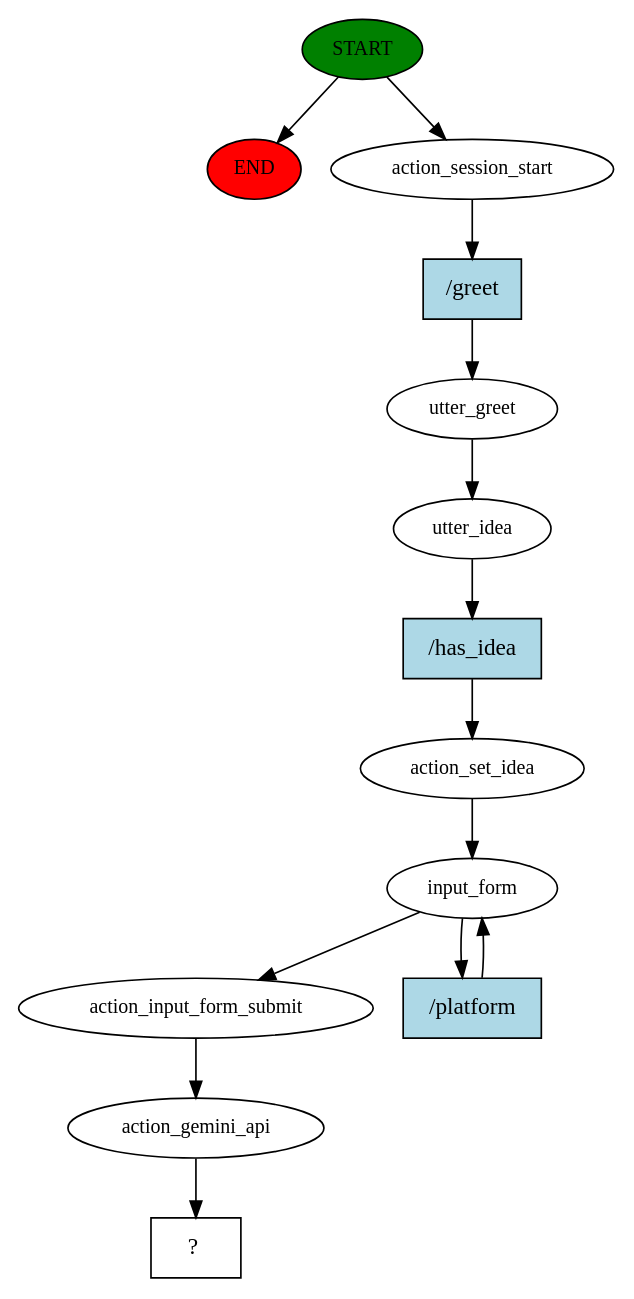
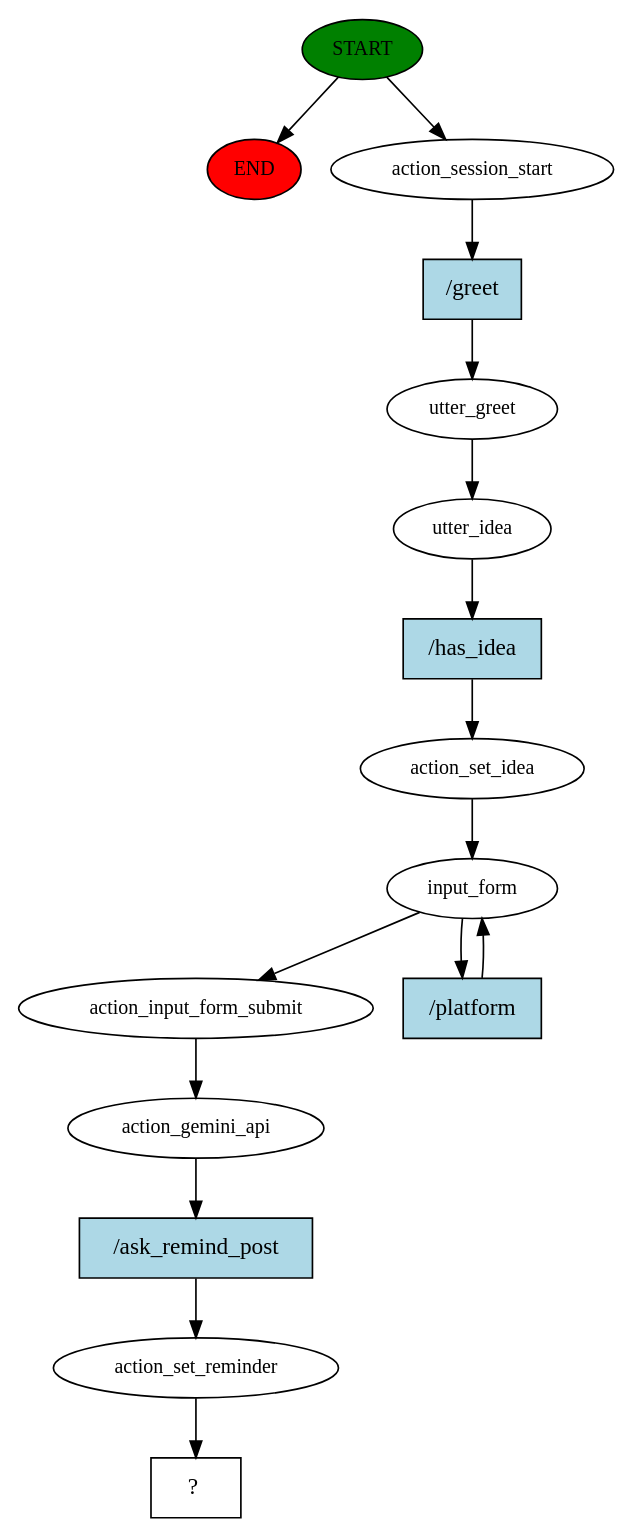
The diagram in Chatbot/story_graph.dot (AkshayKulkarni3467/RasaScribe), drawn with Graphviz before and after one commit. The commit also changed 133 other files, not shown here.

```diff
--- a/Chatbot/story_graph.dot
+++ b/Chatbot/story_graph.dot
@@ -1,28 +1,32 @@
 digraph  {
 0 [class="start active", fillcolor=green, fontsize=12, label=START, style=filled];
 "-1" [class=end, fillcolor=red, fontsize=12, label=END, style=filled];
 1 [class=active, fontsize=12, label=action_session_start];
 2 [class=active, fontsize=12, label=utter_greet];
 3 [class=active, fontsize=12, label=utter_idea];
 4 [class=active, fontsize=12, label=action_set_idea];
 5 [class=active, fontsize=12, label=input_form];
 7 [class=active, fontsize=12, label=action_input_form_submit];
 8 [class=active, fontsize=12, label=action_gemini_api];
-9 [class="intent dashed active", label="  ?  ", shape=rect];
-10 [class="intent active", fillcolor=lightblue, label="/greet", shape=rect, style=filled];
-11 [class="intent active", fillcolor=lightblue, label="/has_idea", shape=rect, style=filled];
-12 [class="intent active", fillcolor=lightblue, label="/platform", shape=rect, style=filled];
+9 [class=active, fontsize=12, label=action_set_reminder];
+10 [class="intent dashed active", label="  ?  ", shape=rect];
+11 [class="intent active", fillcolor=lightblue, label="/greet", shape=rect, style=filled];
+12 [class="intent active", fillcolor=lightblue, label="/has_idea", shape=rect, style=filled];
+13 [class="intent active", fillcolor=lightblue, label="/platform", shape=rect, style=filled];
+14 [class="intent active", fillcolor=lightblue, label="/ask_remind_post", shape=rect, style=filled];
 0 -> "-1"  [class="", key=NONE, label=""];
 0 -> 1  [class=active, key=NONE, label=""];
-1 -> 10  [class=active, key=0];
+1 -> 11  [class=active, key=0];
 2 -> 3  [class=active, key=NONE, label=""];
-3 -> 11  [class=active, key=0];
+3 -> 12  [class=active, key=0];
 4 -> 5  [class=active, key=NONE, label=""];
 5 -> 7  [class=active, key=NONE, label=""];
-5 -> 12  [class=active, key=0];
+5 -> 13  [class=active, key=0];
 7 -> 8  [class=active, key=NONE, label=""];
-8 -> 9  [class=active, key=NONE, label=""];
-10 -> 2  [class=active, key=0];
-11 -> 4  [class=active, key=0];
-12 -> 5  [class=active, key=0];
+8 -> 14  [class=active, key=0];
+9 -> 10  [class=active, key=NONE, label=""];
+11 -> 2  [class=active, key=0];
+12 -> 4  [class=active, key=0];
+13 -> 5  [class=active, key=0];
+14 -> 9  [class=active, key=0];
 }
```
